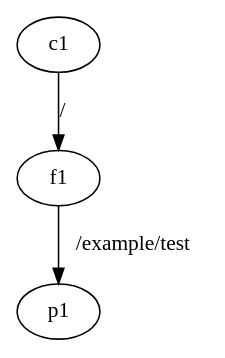
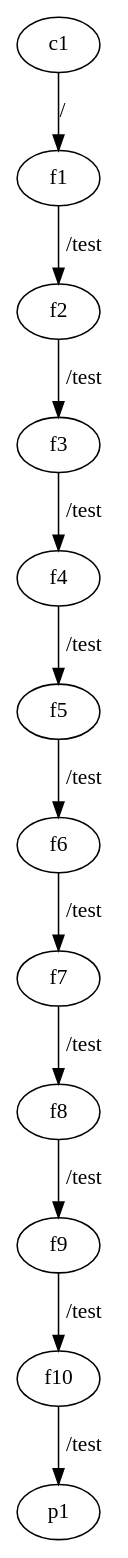
Before and after one commit to saifulislampi/ndn-traceroute: the diagram in graph.dot, drawn with Graphviz. The commit also changed 5 other files, not shown here.

Commit message:
added healthcheck; compose working with large graphs

```diff
--- a/graph.dot
+++ b/graph.dot
@@ -1,9 +1,36 @@
 digraph G {
     c1 [class="client"]
     c1 -> f1 [label="/"]
 
     f1 [class="forwarder"]
-    f1 -> p1 [label="/example/test"]
+    f1 -> f2 [label="/test"]
 
-    p1 [class="producer" data="/example/test"]
+    f2 [class="forwarder"]
+    f2 -> f3 [label="/test"]
+
+    f3 [class="forwarder"]
+    f3 -> f4 [label="/test"]
+
+    f4 [class="forwarder"]
+    f4 -> f5 [label="/test"]
+
+    f5 [class="forwarder"]
+    f5 -> f6 [label="/test"]
+
+    f6 [class="forwarder"]
+    f6 -> f7 [label="/test"]
+
+    f7 [class="forwarder"]
+    f7 -> f8 [label="/test"]
+
+    f8 [class="forwarder"]
+    f8 -> f9 [label="/test"]
+
+    f9 [class="forwarder"]
+    f9 -> f10 [label="/test"]
+
+    f10 [class="forwarder"]
+    f10 -> p1 [label="/test"]
+
+    p1 [class="producer" data="/test"]
 }
```
